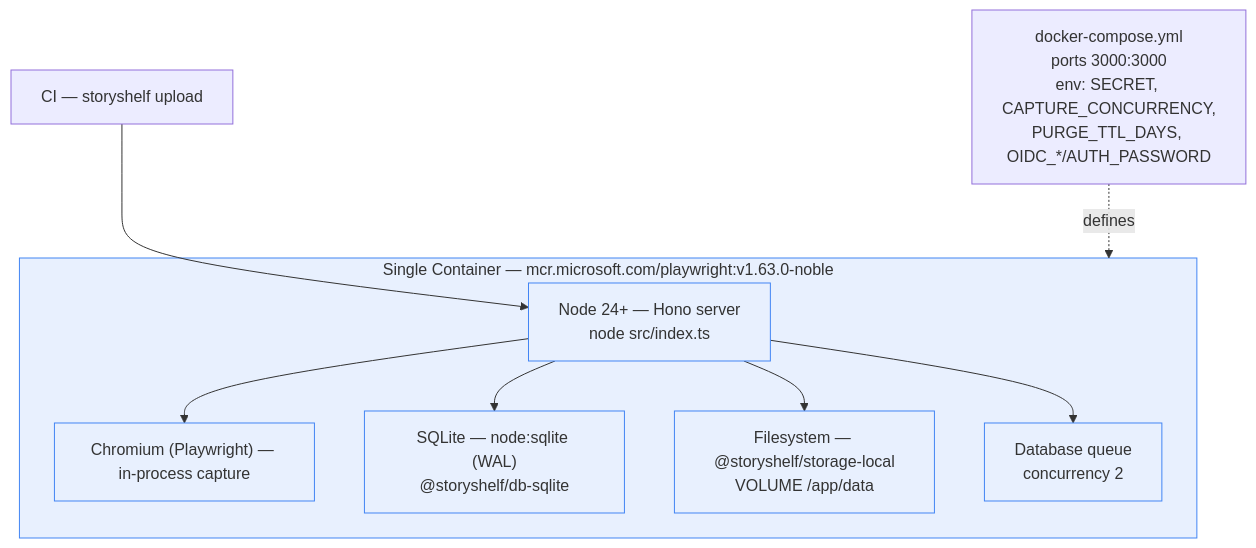
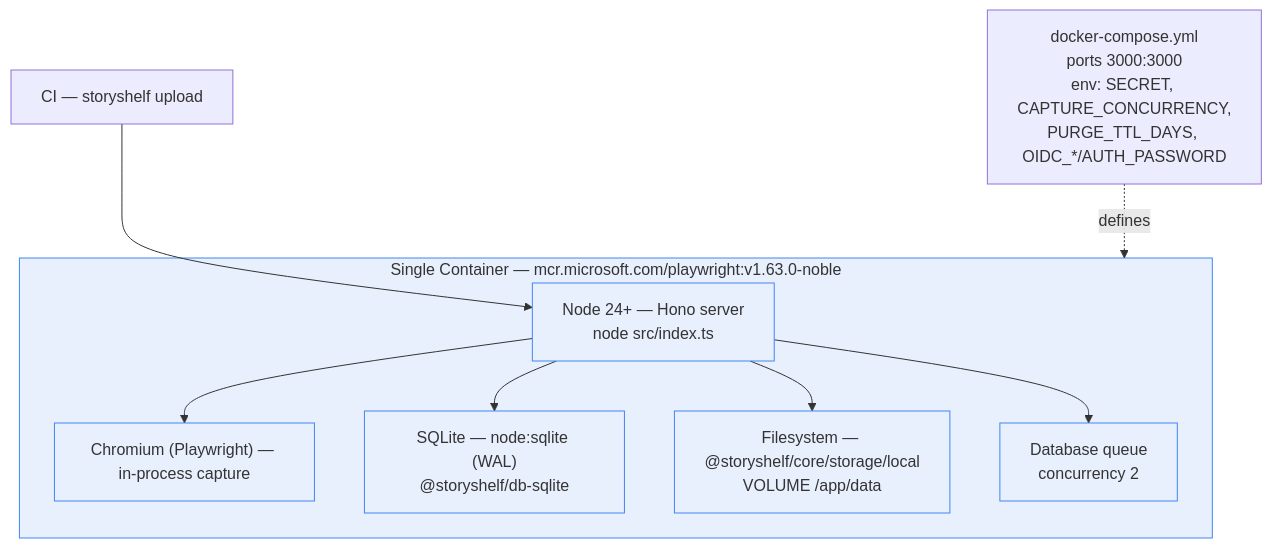
Diagram 14 of 18 in docs/architecture-diagrams.md (GuptaSiddhant/StoryShelf), drawn with Mermaid before and after one commit. The commit also changed other lines of this file and 57 other files, not shown here.

Commit message:
refactor(core): storage-local built into core; ADR 0049 packaging rule (#1241)

````diff
--- a/docs/architecture-diagrams.md
+++ b/docs/architecture-diagrams.md
@@ -760,23 +760,23 @@
 ```mermaid
 flowchart TB
     subgraph Docker["Single Container — mcr.microsoft.com/playwright:v1.63.0-noble"]
         Node["Node 24+ — Hono server<br/>node src/index.ts"]
         PW["Chromium (Playwright) — in-process capture"]
         SQLite["SQLite — node:sqlite (WAL)<br/>@storyshelf/db-sqlite"]
-        FS["Filesystem — @storyshelf/storage-local<br/>VOLUME /app/data"]
+        FS["Filesystem — @storyshelf/core/storage/local<br/>VOLUME /app/data"]
         Queue2["Database queue<br/>concurrency 2"]
     end
 
     Compose["docker-compose.yml<br/>ports 3000:3000<br/>env: SECRET, CAPTURE_CONCURRENCY,<br/>PURGE_TTL_DAYS, OIDC_*/AUTH_PASSWORD"]
     CI2["CI — storyshelf upload"]
 
     CI2 --> Node
     Node --> PW
     Node --> SQLite
     Node --> FS
     Node --> Queue2
     Compose -. defines .-> Docker
 
     classDef container fill:#e8f0fe,stroke:#4285f4;
     class Docker,Node,PW,SQLite,FS,Queue2 container;
 ```
````
